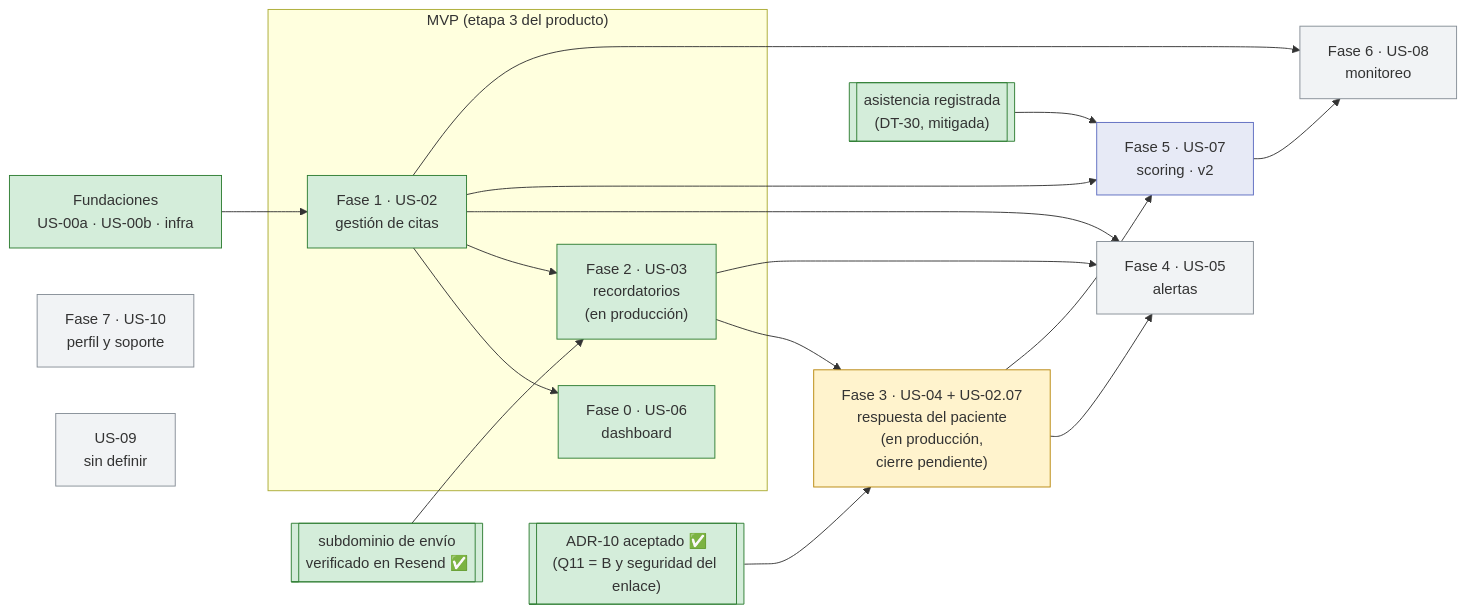
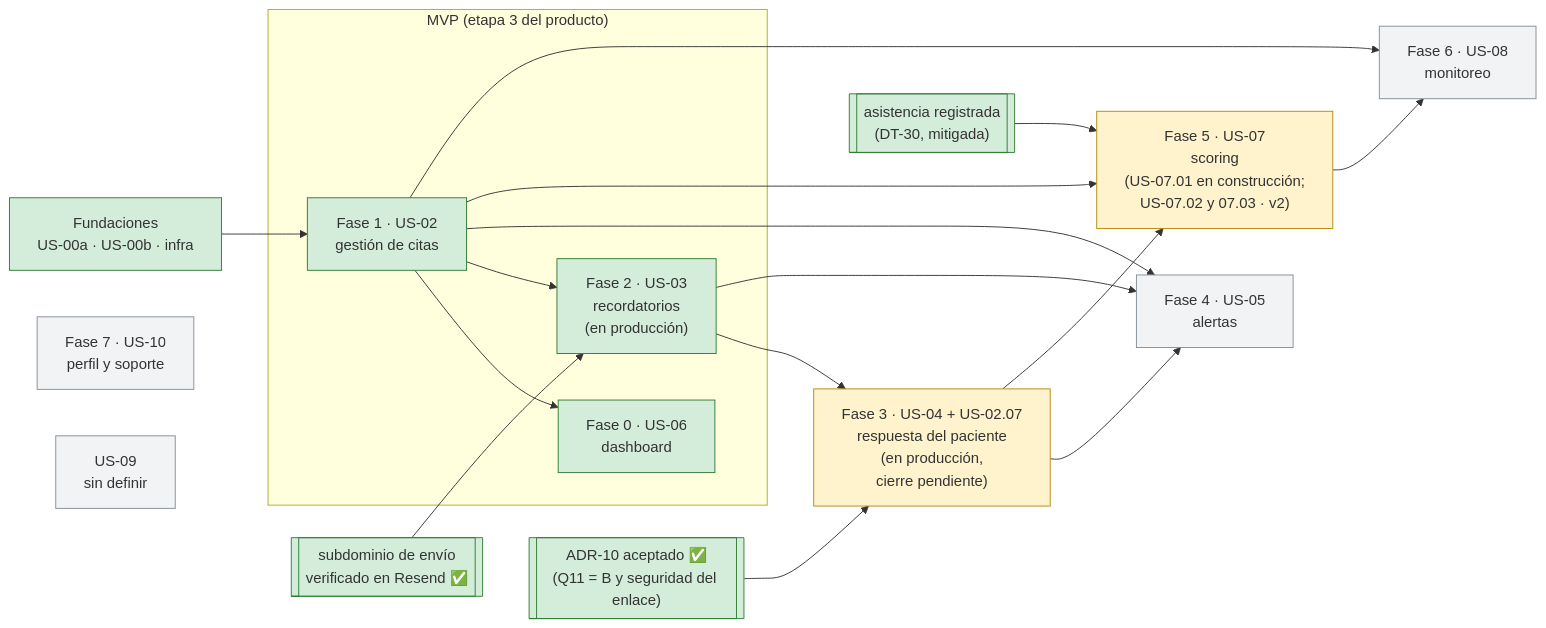
One commit to Citia-solutions/citia-backend changed the diagram in context/Fases/README.md. Above: the diagram before and after it, drawn with Mermaid. The commit also changed other lines of this file and 10 other files, not shown here.

First line of the commit message:
docs(context): ADR-14 y plan de US-07.01, la Fase 5 en construcción

````diff
--- a/context/Fases/README.md
+++ b/context/Fases/README.md
@@ -69,41 +74,41 @@
 ```mermaid
 flowchart LR
   B["Fundaciones<br/>US-00a · US-00b · infra"]:::hecho
 
   subgraph MVP["MVP (etapa 3 del producto)"]
     F1["Fase 1 · US-02<br/>gestión de citas"]:::hecho
     F0["Fase 0 · US-06<br/>dashboard"]:::hecho
     F2["Fase 2 · US-03<br/>recordatorios<br/>(en producción)"]:::hecho
   end
 
   F3["Fase 3 · US-04 + US-02.07<br/>respuesta del paciente<br/>(en producción,<br/>cierre pendiente)"]:::disenada
   F4["Fase 4 · US-05<br/>alertas"]:::pendiente
-  F5["Fase 5 · US-07<br/>scoring · v2"]:::aplazada
+  F5["Fase 5 · US-07<br/>scoring<br/>(US-07.01 en construcción;<br/>US-07.02 y 07.03 · v2)"]:::disenada
   F6["Fase 6 · US-08<br/>monitoreo"]:::pendiente
   F7["Fase 7 · US-10<br/>perfil y soporte"]:::pendiente
   U9["US-09<br/>sin definir"]:::pendiente
 
   DOM[["subdominio de envío<br/>verificado en Resend ✅"]]:::hecho
   A10[["ADR-10 aceptado ✅<br/>(Q11 = B y seguridad del enlace)"]]:::hecho
   D30[["asistencia registrada<br/>(DT-30, mitigada)"]]:::hecho
 
   B --> F1
   F1 --> F0
   F1 --> F2
   DOM --> F2
   F2 --> F3
   A10 --> F3
   F1 --> F4
   F2 --> F4
   F3 --> F4
   F1 --> F5
   F3 --> F5
   D30 --> F5
   F1 --> F6
   F5 --> F6
 
   classDef hecho fill:#d4edda,stroke:#2e7d32
   classDef disenada fill:#fff3cd,stroke:#b8860b
   classDef pendiente fill:#f1f3f5,stroke:#868e96
   classDef aplazada fill:#e7eaf6,stroke:#5c6bc0
 ```
````
